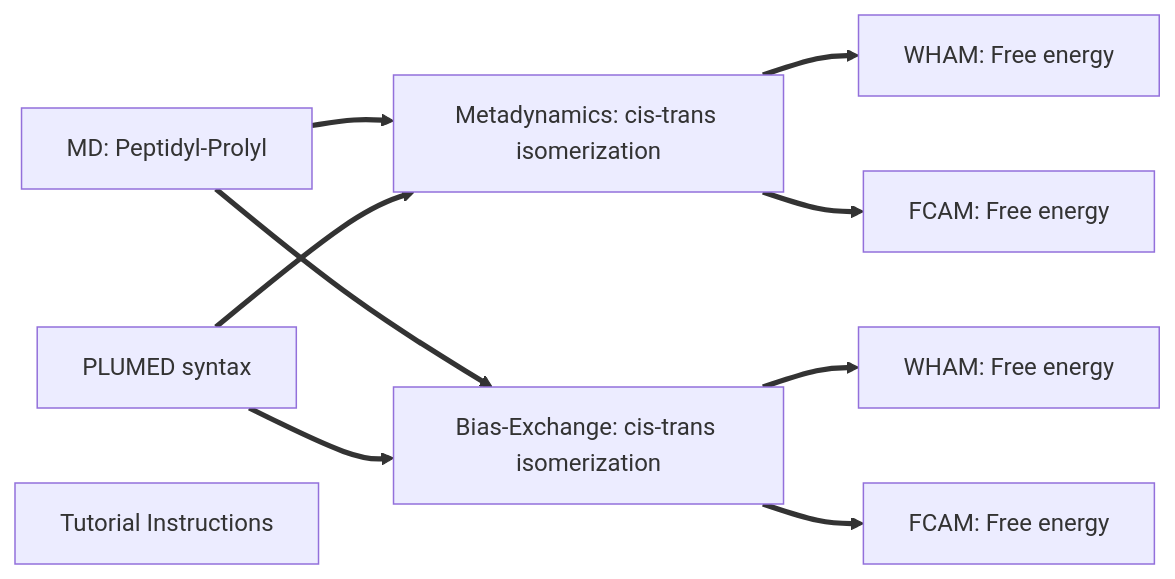
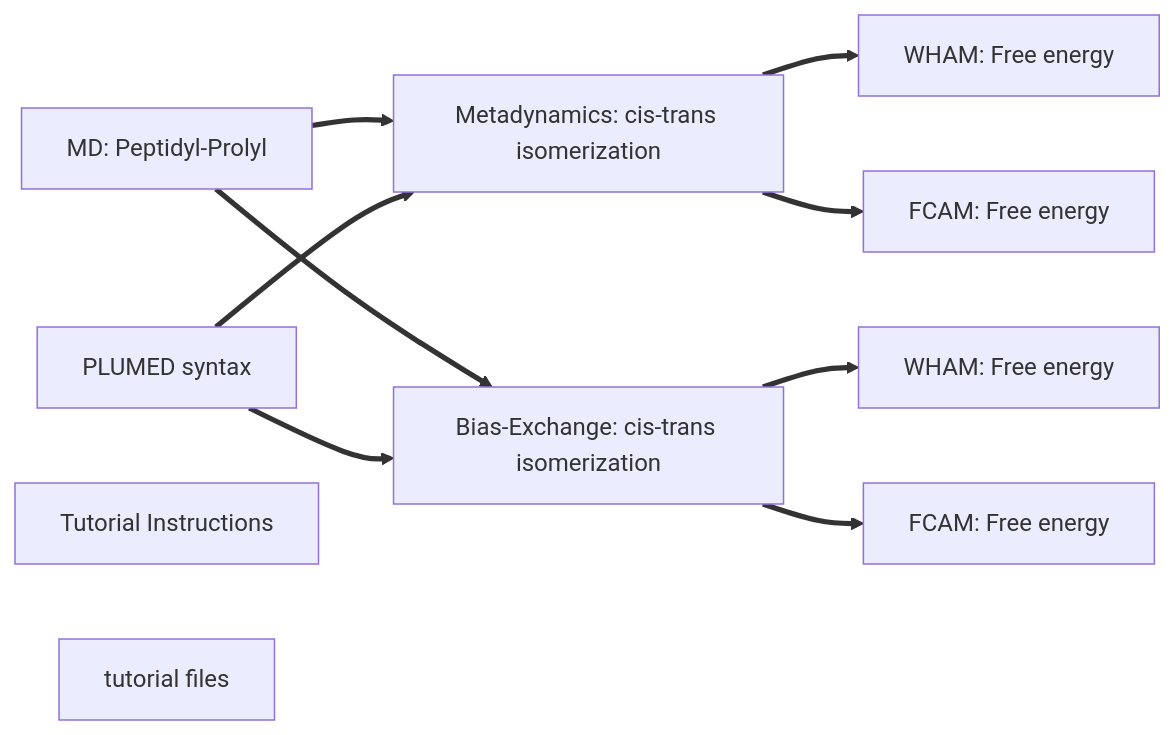
One commit to fabsugar/plumed-tutorial-be-aapak changed the diagram in NAVIGATION.md. Above: the diagram before and after it, drawn with Mermaid.

````diff
--- a/NAVIGATION.md
+++ b/NAVIGATION.md
@@ -1,14 +1,16 @@
 ```mermaid
 flowchart LR
 A[MD: Peptidyl-Prolyl] ==> B[Metadynamics: cis-trans isomerization]
 A[MD: Peptidyl-Prolyl] ==> C[Bias-Exchange: cis-trans isomerization]
 D[PLUMED syntax] ==> B[Metadynamics: cis-trans isomerization]
 D[PLUMED syntax] ==> C[Bias-Exchange: cis-trans isomerization]
 B[Metadynamics: cis-trans isomerization]==>E[WHAM: Free energy]
 C[Bias-Exchange: cis-trans isomerization]==>F[WHAM: Free energy]
 B[Metadynamics: cis-trans isomerization]==>H[FCAM: Free energy]
 C[Bias-Exchange: cis-trans isomerization]==>I[FCAM: Free energy]
 G[Tutorial Instructions]
+L[tutorial files]
 click D "tute" "A tutorial on the basic plumed syntax"
 click G "https://github.com/fabsugar/plumed-tutorial-be-aapak/blob/main/protocol1_md-meta-be.pdf" "Tutorial Instructions"
+click L "https://github.com/fabsugar/plumed-tutorial-be-aapak/blob/main/tutorial_files.zip" "tutorial files"
 ```
````
